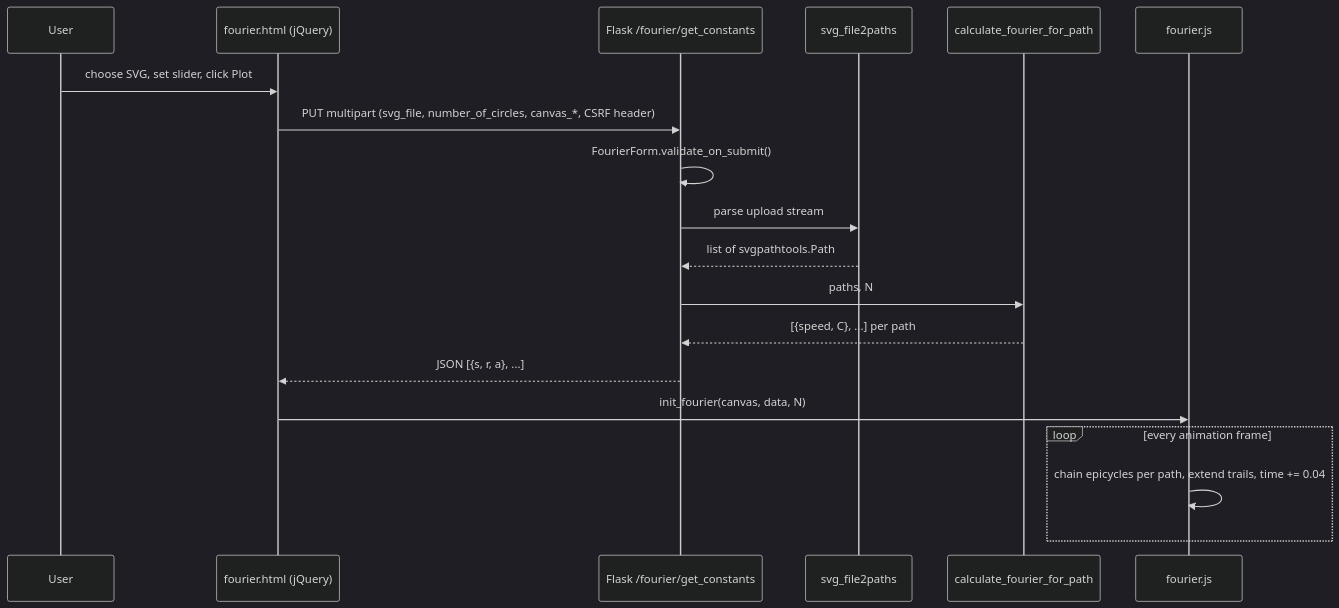
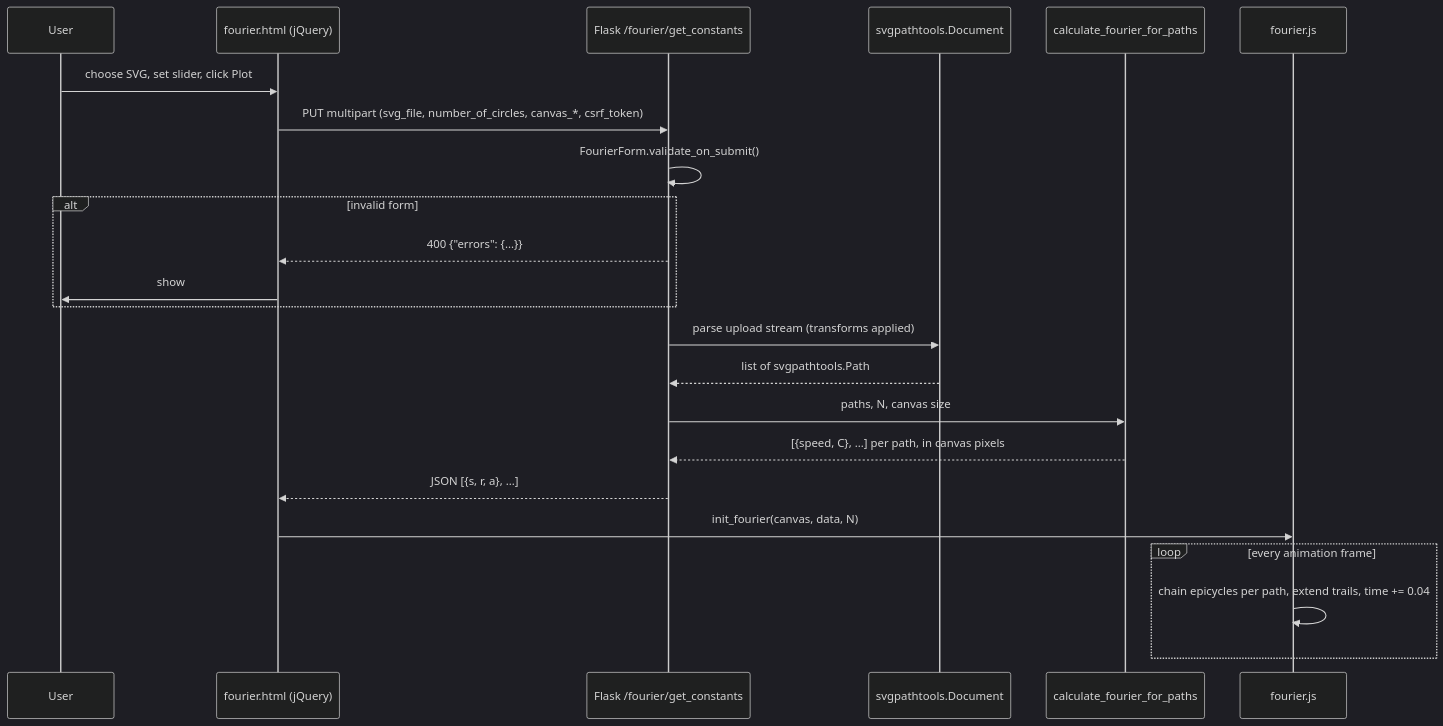
Before and after one commit to n1ckfg/FourierDrawings: the second of 2 diagrams in ARCHITECTURE.md, drawn with Mermaid (dark theme). The commit also changed other lines of this file and 13 other files, not shown here.

````diff
--- a/ARCHITECTURE.md
+++ b/ARCHITECTURE.md
@@ -130,22 +145,26 @@
 ```mermaid
 sequenceDiagram
     participant U as User
     participant P as fourier.html (jQuery)
     participant F as Flask /fourier/get_constants
-    participant S as svg_file2paths
-    participant M as calculate_fourier_for_path
+    participant S as svgpathtools.Document
+    participant M as calculate_fourier_for_paths
     participant R as fourier.js
 
     U->>P: choose SVG, set slider, click Plot
-    P->>F: PUT multipart (svg_file, number_of_circles, canvas_*, CSRF header)
+    P->>F: PUT multipart (svg_file, number_of_circles, canvas_*, csrf_token)
     F->>F: FourierForm.validate_on_submit()
-    F->>S: parse upload stream
+    alt invalid form
+        F-->>P: 400 {"errors": {...}}
+        P->>U: show #plot_error
+    end
+    F->>S: parse upload stream (transforms applied)
     S-->>F: list of svgpathtools.Path
-    F->>M: paths, N
-    M-->>F: [{speed, C}, ...] per path
+    F->>M: paths, N, canvas size
+    M-->>F: [{speed, C}, ...] per path, in canvas pixels
     F-->>P: JSON [{s, r, a}, ...]
     P->>R: init_fourier(canvas, data, N)
     loop every animation frame
         R->>R: chain epicycles per path, extend trails, time += 0.04
     end
 ```
````
